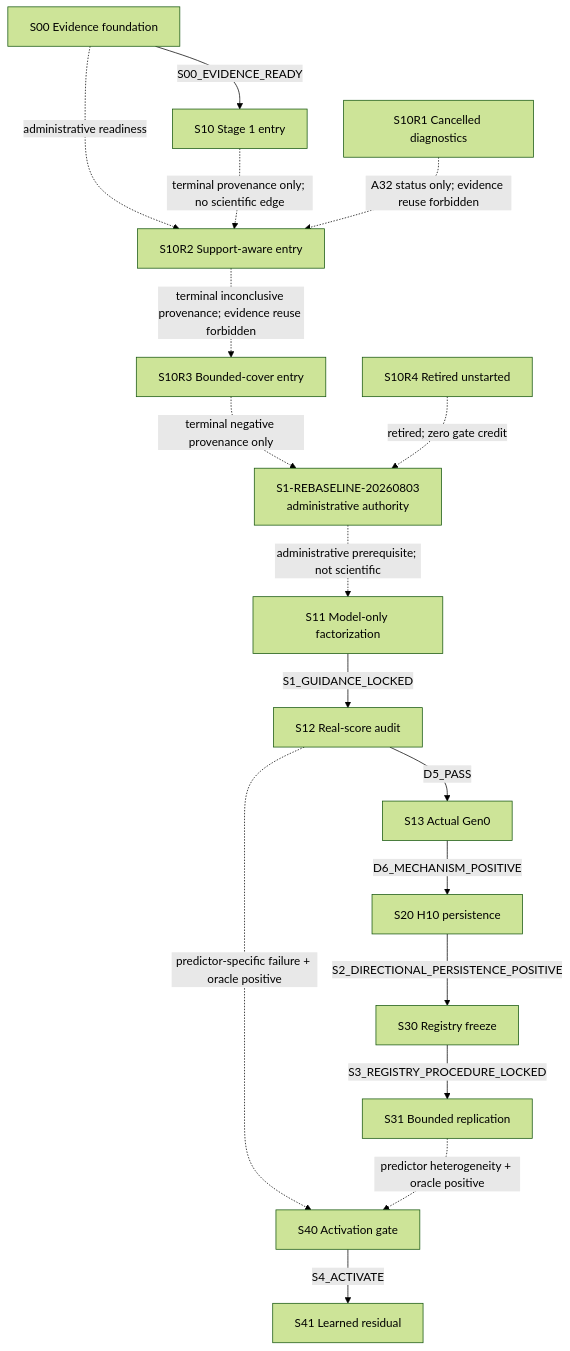
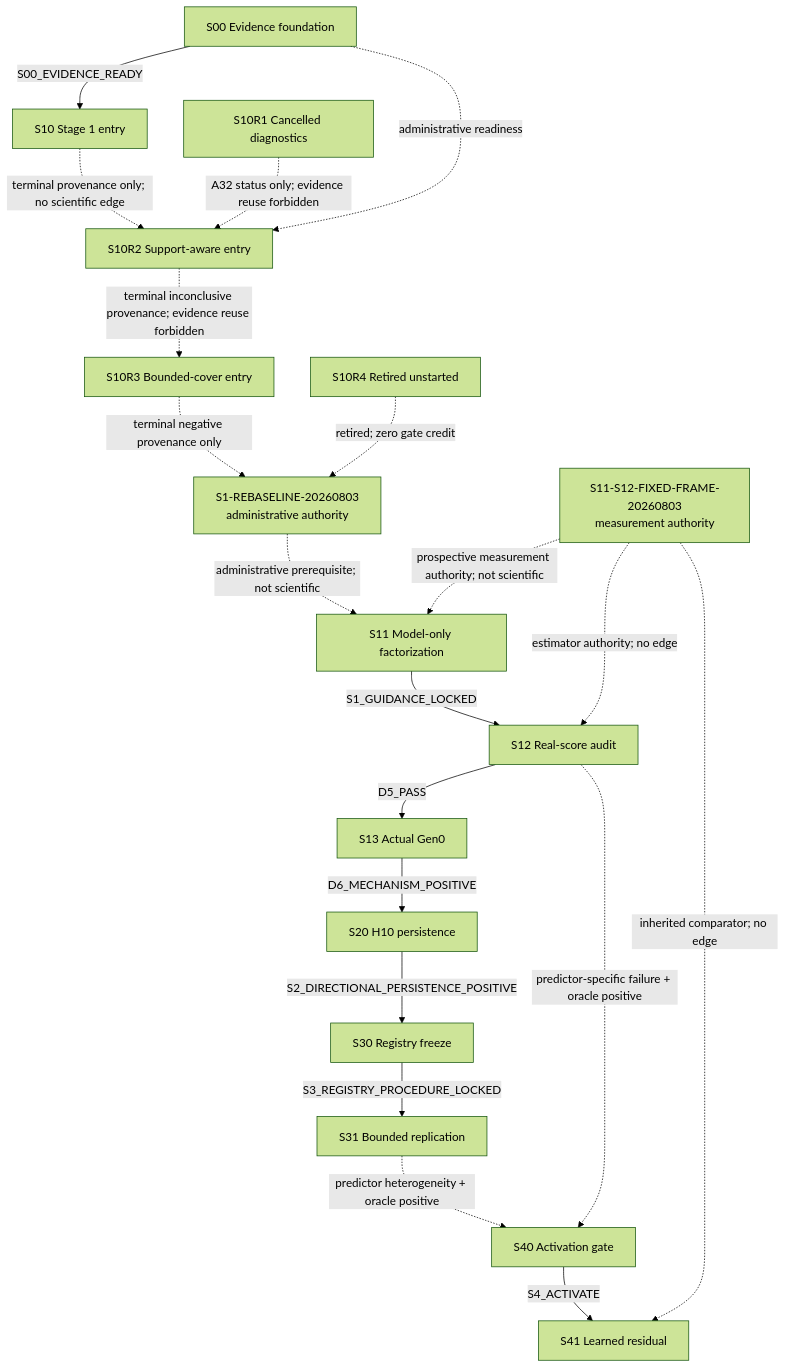
One commit to ppalee1217/rocm-libraries changed the diagram in study_docs/research/ductile-origami-warmstart/README.md. Above: the diagram before and after it, drawn with Mermaid (forest theme). The commit also changed other lines of this file and 13 other files, not shown here.

First line of the commit message:
study: fix S11 frame and S12 estimator

````diff
--- a/study_docs/research/ductile-origami-warmstart/README.md
+++ b/study_docs/research/ductile-origami-warmstart/README.md
@@ -153,35 +234,39 @@
 ```mermaid
 flowchart TD
   s00["S00 Evidence foundation"]
   s10["S10 Stage 1 entry"]
   s10r1["S10R1 Cancelled diagnostics"]
   s10r2["S10R2 Support-aware entry"]
   s10r3["S10R3 Bounded-cover entry"]
   s10r4["S10R4 Retired unstarted"]
   auth["S1-REBASELINE-20260803\nadministrative authority"]
+  fixed["S11-S12-FIXED-FRAME-20260803\nmeasurement authority"]
   s11["S11 Model-only factorization"]
   s12["S12 Real-score audit"]
   s13["S13 Actual Gen0"]
   s20["S20 H10 persistence"]
   s30["S30 Registry freeze"]
   s31["S31 Bounded replication"]
   s40["S40 Activation gate"]
   s41["S41 Learned residual"]
 
   s00 -->|"S00_EVIDENCE_READY"| s10
   s00 -. "administrative readiness" .-> s10r2
   s10 -. "terminal provenance only; no scientific edge" .-> s10r2
   s10r1 -. "A32 status only; evidence reuse forbidden" .-> s10r2
   s10r2 -. "terminal inconclusive provenance; evidence reuse forbidden" .-> s10r3
   s10r3 -. "terminal negative provenance only" .-> auth
   s10r4 -. "retired; zero gate credit" .-> auth
   auth -. "administrative prerequisite; not scientific" .-> s11
+  fixed -. "prospective measurement authority; not scientific" .-> s11
+  fixed -. "estimator authority; no edge" .-> s12
+  fixed -. "inherited comparator; no edge" .-> s41
   s11 -->|"S1_GUIDANCE_LOCKED"| s12
   s12 -->|"D5_PASS"| s13
   s13 -->|"D6_MECHANISM_POSITIVE"| s20
   s20 -->|"S2_DIRECTIONAL_PERSISTENCE_POSITIVE"| s30
   s30 -->|"S3_REGISTRY_PROCEDURE_LOCKED"| s31
   s12 -.->|"predictor-specific failure + oracle positive"| s40
   s31 -.->|"predictor heterogeneity + oracle positive"| s40
   s40 -->|"S4_ACTIVATE"| s41
 ```
````
